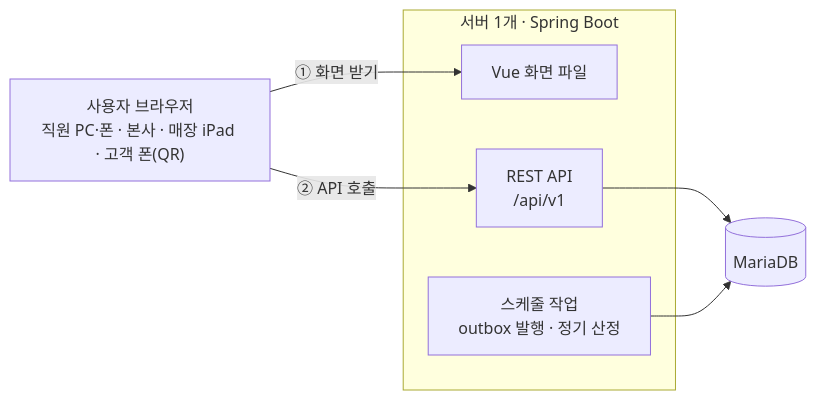
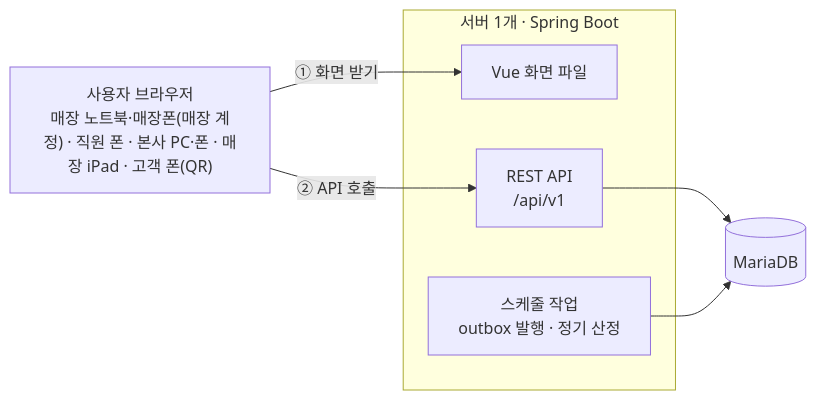
One commit to wjdqudwls/store-crm changed the first of 3 diagrams in docs/04-architecture.md. Above: the diagram before and after it, drawn with Mermaid. The commit also changed other lines of this file and 11 other files, not shown here.

````diff
--- a/docs/04-architecture.md
+++ b/docs/04-architecture.md
@@ -12,17 +13,17 @@
 ```mermaid
 flowchart LR
-    users["사용자 브라우저<br/>직원 PC·폰 · 본사 · 매장 iPad · 고객 폰(QR)"]
+    users["사용자 브라우저<br/>매장 노트북·매장폰(매장 계정) · 직원 폰 · 본사 PC·폰 · 매장 iPad · 고객 폰(QR)"]
 
     subgraph server["서버 1개 · Spring Boot"]
         web["Vue 화면 파일"]
         api["REST API<br/>/api/v1"]
         jobs["스케줄 작업<br/>outbox 발행 · 정기 산정"]
     end
 
     db[("MariaDB")]
 
     users -->|"① 화면 받기"| web
     users -->|"② API 호출"| api
     api --> db
     jobs --> db
 ```
````
